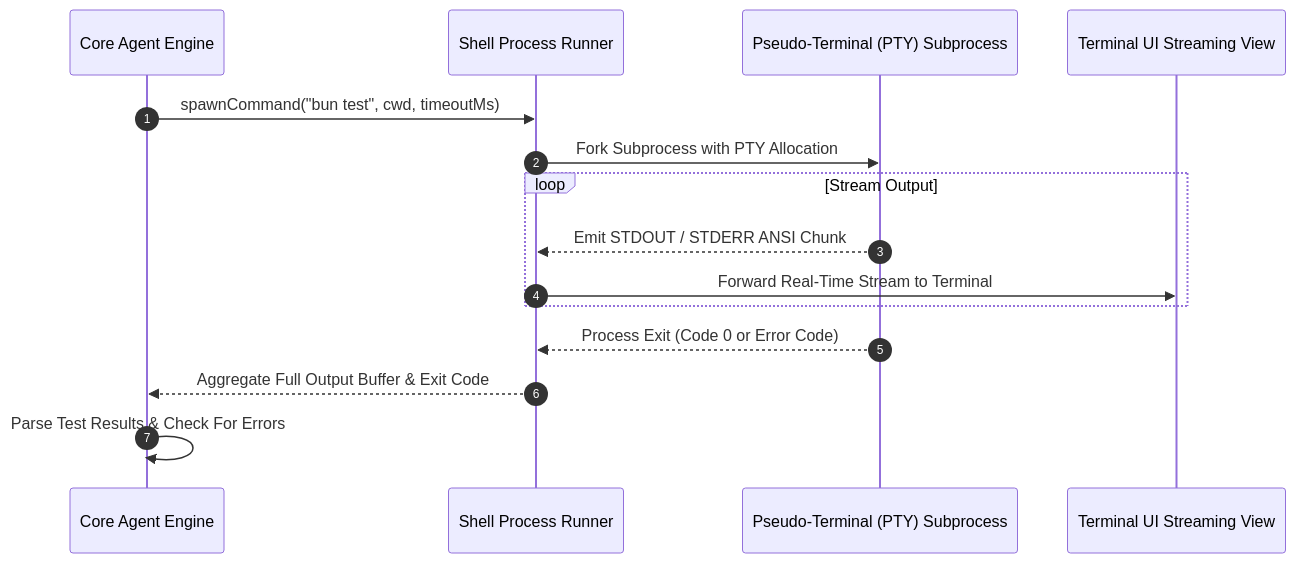
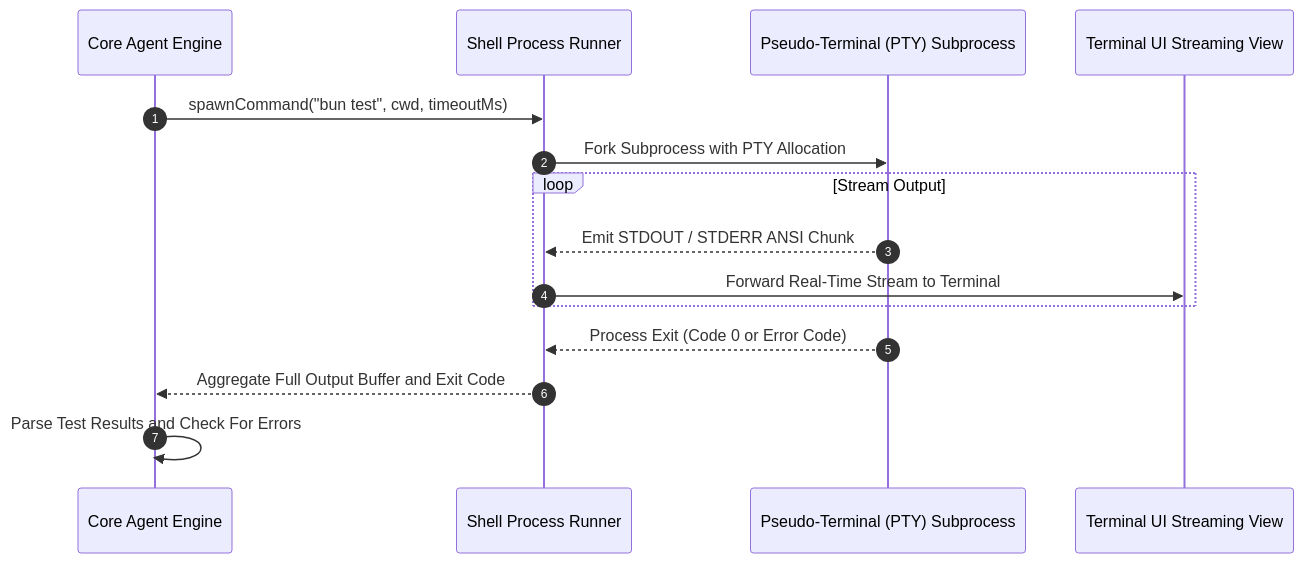
Before and after one commit to KerberoSec/KerberoSec-CLI: diagram 14 of 24 in README.md, drawn with Mermaid. The commit also changed other lines of this file and 5 other files, not shown here.

````diff
--- a/README.md
+++ b/README.md
@@ -471,20 +578,20 @@
 ```mermaid
 sequenceDiagram
     autonumber
     participant Core as Core Agent Engine
     participant Runner as Shell Process Runner
     participant PTY as Pseudo-Terminal (PTY) Subprocess
     participant TUI as Terminal UI Streaming View
 
     Core->>Runner: spawnCommand("bun test", cwd, timeoutMs)
     Runner->>PTY: Fork Subprocess with PTY Allocation
     
     loop Stream Output
         PTY-->>Runner: Emit STDOUT / STDERR ANSI Chunk
         Runner->>TUI: Forward Real-Time Stream to Terminal
     end
 
     PTY-->>Runner: Process Exit (Code 0 or Error Code)
-    Runner-->>Core: Aggregate Full Output Buffer & Exit Code
-    Core->>Core: Parse Test Results & Check For Errors
+    Runner-->>Core: Aggregate Full Output Buffer and Exit Code
+    Core->>Core: Parse Test Results and Check For Errors
 ```
````
